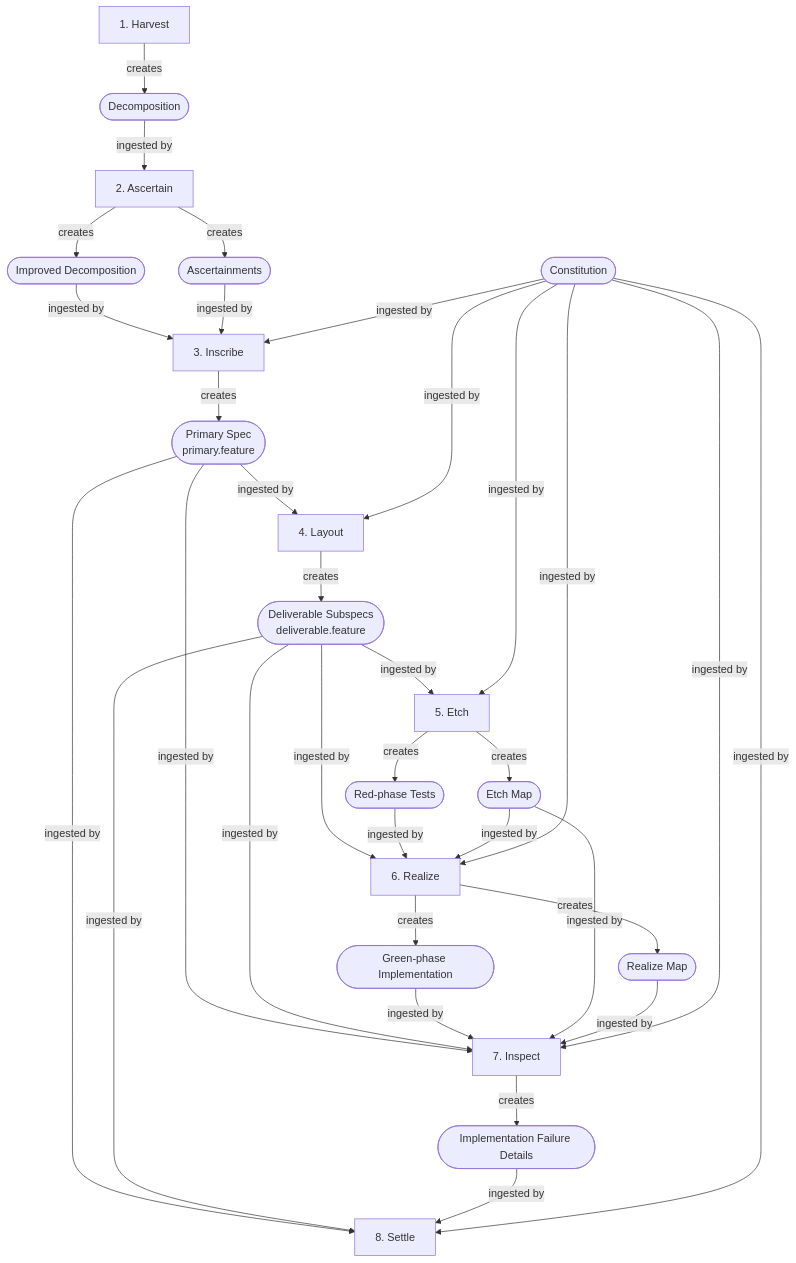
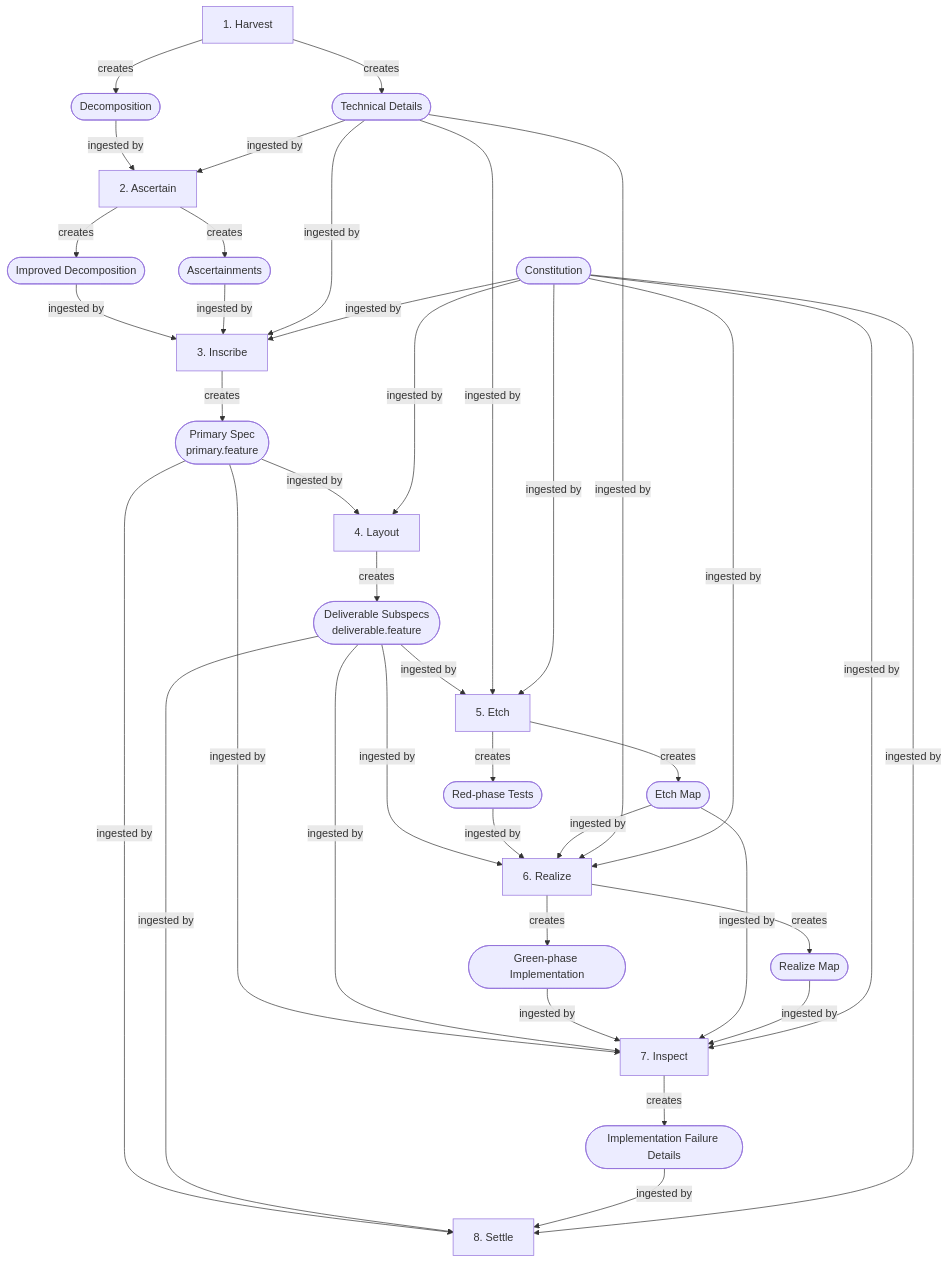
The second of 5 diagrams in docs/diagrams/diagrams.md (v0idbit/haileris), drawn with Mermaid before and after one commit. The commit also changed other lines of this file and 4 other files, not shown here.

````diff
--- a/docs/diagrams/diagrams.md
+++ b/docs/diagrams/diagrams.md
@@ -65,53 +65,58 @@
 ```mermaid
 flowchart TD
     DEC([Decomposition])
     ID([Improved Decomposition])
     ASC([Ascertainments])
     PS([Primary Spec<br>primary.feature])
     CS([Deliverable Subspecs<br>deliverable.feature])
     RT([Red-phase Tests])
     ETM([Etch Map])
     GI([Green-phase Implementation])
     RM([Realize Map])
     IF([Implementation Failure Details])
     CON([Constitution])
 
     H[1. Harvest] -->|creates| DEC
+    H -->|creates| TD([Technical Details])
     DEC -->|ingested by| A[2. Ascertain]
+    TD -->|ingested by| A
 
     A -->|creates| ID
     A -->|creates| ASC
     ID -->|ingested by| I[3. Inscribe]
     ASC -->|ingested by| I
+    TD -->|ingested by| I
     CON -->|ingested by| I
 
     I -->|creates| PS
     PS -->|ingested by| L[4. Layout]
     CON -->|ingested by| L
 
     L -->|creates| CS
     CS -->|ingested by| E[5. Etch]
+    TD -->|ingested by| E
     CON -->|ingested by| E
 
     E -->|creates| RT
     E -->|creates| ETM
     CS -->|ingested by| R[6. Realize]
     RT -->|ingested by| R
     ETM -->|ingested by| R
+    TD -->|ingested by| R
     CON -->|ingested by| R
 
     R -->|creates| GI
     R -->|creates| RM
     PS -->|ingested by| IN[7. Inspect]
     CS -->|ingested by| IN
     GI -->|ingested by| IN
     ETM -->|ingested by| IN
     RM -->|ingested by| IN
     CON -->|ingested by| IN
 
     IN -->|creates| IF
     PS -->|ingested by| S[8. Settle]
     CS -->|ingested by| S
     IF -->|ingested by| S
     CON -->|ingested by| S
 ```
````
